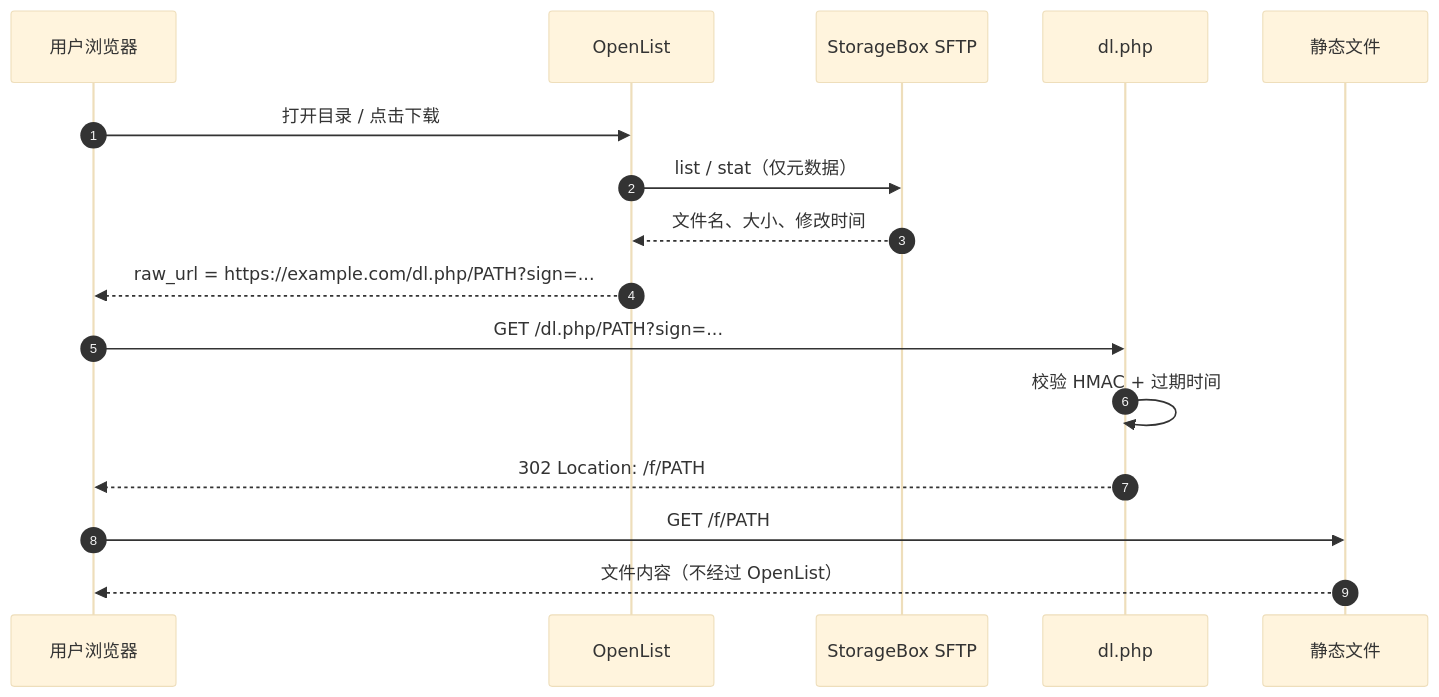
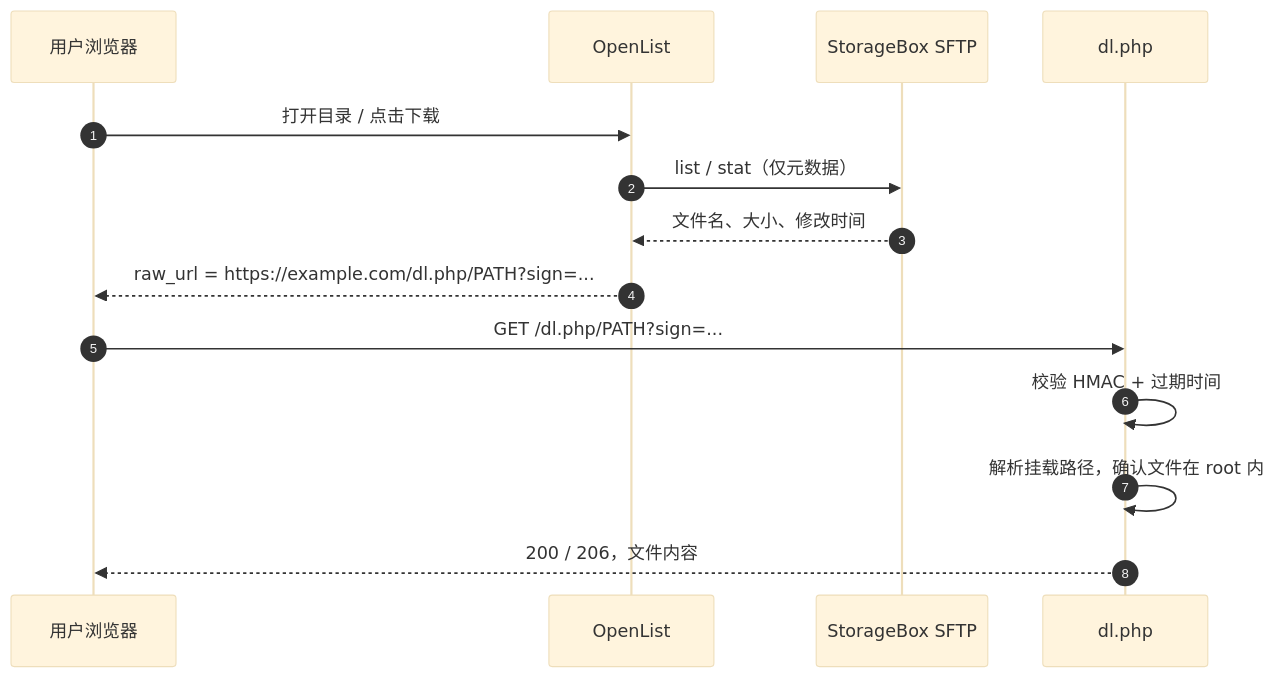
One commit to powerfullz/openlist-proxy-storagebox changed the third of 3 diagrams in README.md. Above: the diagram before and after it, drawn with Mermaid (base theme). The commit also changed other lines of this file, not shown here.

````diff
--- a/README.md
+++ b/README.md
@@ -44,19 +44,17 @@
 ```mermaid
 sequenceDiagram
     autonumber
     participant U as 用户浏览器
     participant O as OpenList
     participant S as StorageBox SFTP
     participant P as dl.php
-    participant F as 静态文件
 
     U->>O: 打开目录 / 点击下载
     O->>S: list / stat（仅元数据）
     S-->>O: 文件名、大小、修改时间
     O-->>U: raw_url = https://example.com/dl.php/PATH?sign=...
     U->>P: GET /dl.php/PATH?sign=...
     P->>P: 校验 HMAC + 过期时间
-    P-->>U: 302 Location: /f/PATH
-    U->>F: GET /f/PATH
-    F-->>U: 文件内容（不经过 OpenList）
+    P->>P: 解析挂载路径，确认文件在 root 内
+    P-->>U: 200 / 206，文件内容
 ```
````
